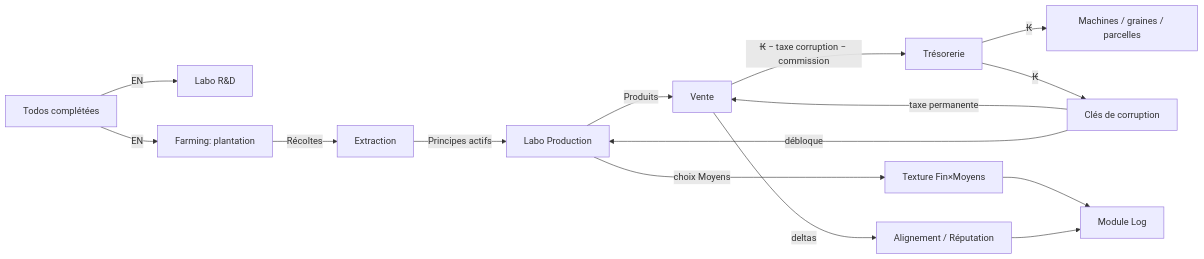
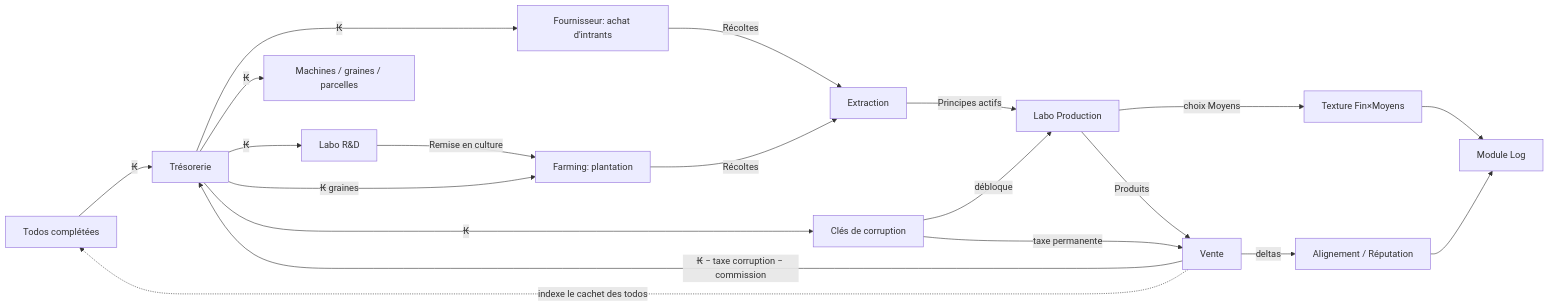
Before and after one commit to Chok0/TODO-LAB: the diagram in docs/02-economie-et-equilibrage.md, drawn with Mermaid. The commit also changed other lines of this file and 64 other files, not shown here.

````diff
--- a/docs/02-economie-et-equilibrage.md
+++ b/docs/02-economie-et-equilibrage.md
@@ -24,17 +23,22 @@
 ```mermaid
 flowchart LR
-  T[Todos complétées] -->|EN| RD[Labo R&D]
-  T -->|EN| F[Farming: plantation]
-  F -->|Récoltes| EX[Extraction]
+  T[Todos complétées] -->|₭| K[Trésorerie]
+  K -->|₭| RD[Labo R&D]
+  K -->|₭| FO[Fournisseur: achat d'intrants]
+  RD -->|Remise en culture| F[Farming: plantation]
+  K -->|₭ graines| F
+  FO -->|Récoltes| EX[Extraction]
+  F -->|Récoltes| EX
   EX -->|Principes actifs| P[Labo Production]
   P -->|Produits| V[Vente]
-  V -->|₭ − taxe corruption − commission| K[Trésorerie]
+  V -->|₭ − taxe corruption − commission| K
   K -->|₭| M[Machines / graines / parcelles]
   K -->|₭| C[Clés de corruption]
   C -->|taxe permanente| V
   C -->|débloque| P
   P -->|choix Moyens| TX[Texture Fin×Moyens]
   TX --> LOG[Module Log]
+  V -.->|indexe le cachet des todos| T
   V -->|deltas| AL[Alignement / Réputation]
   AL --> LOG
 ```
````
